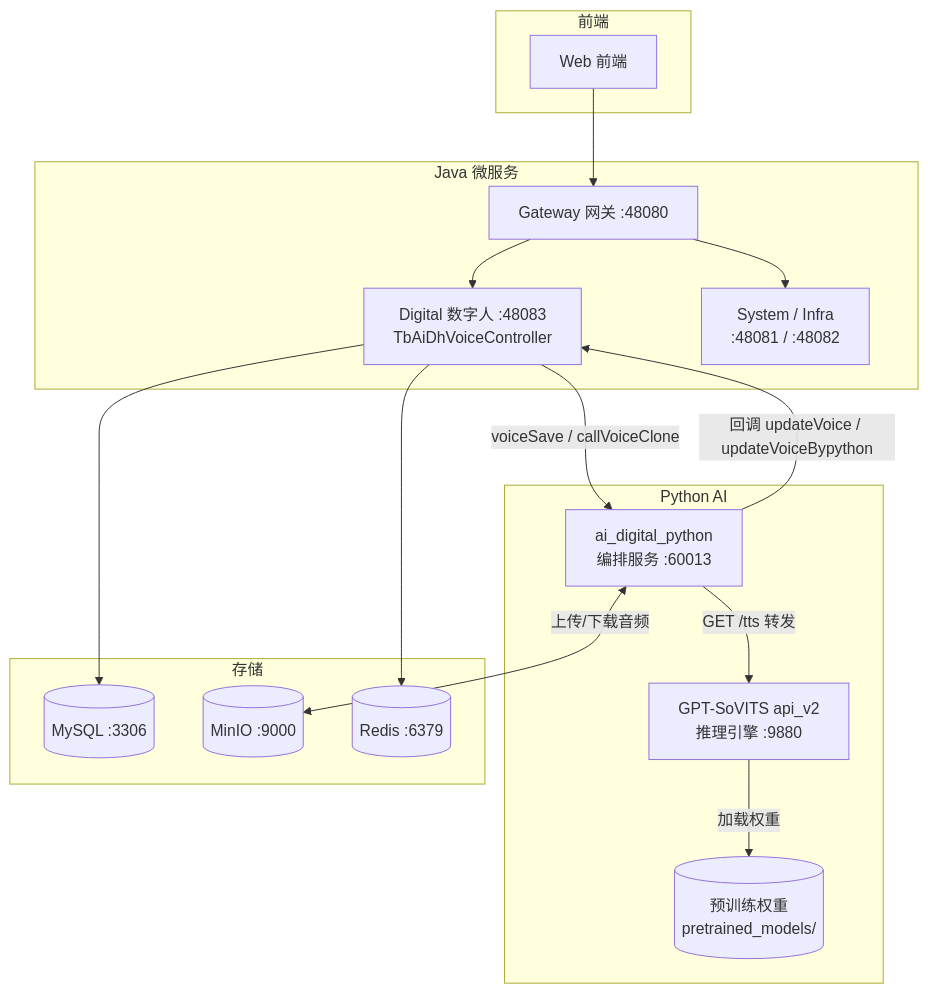
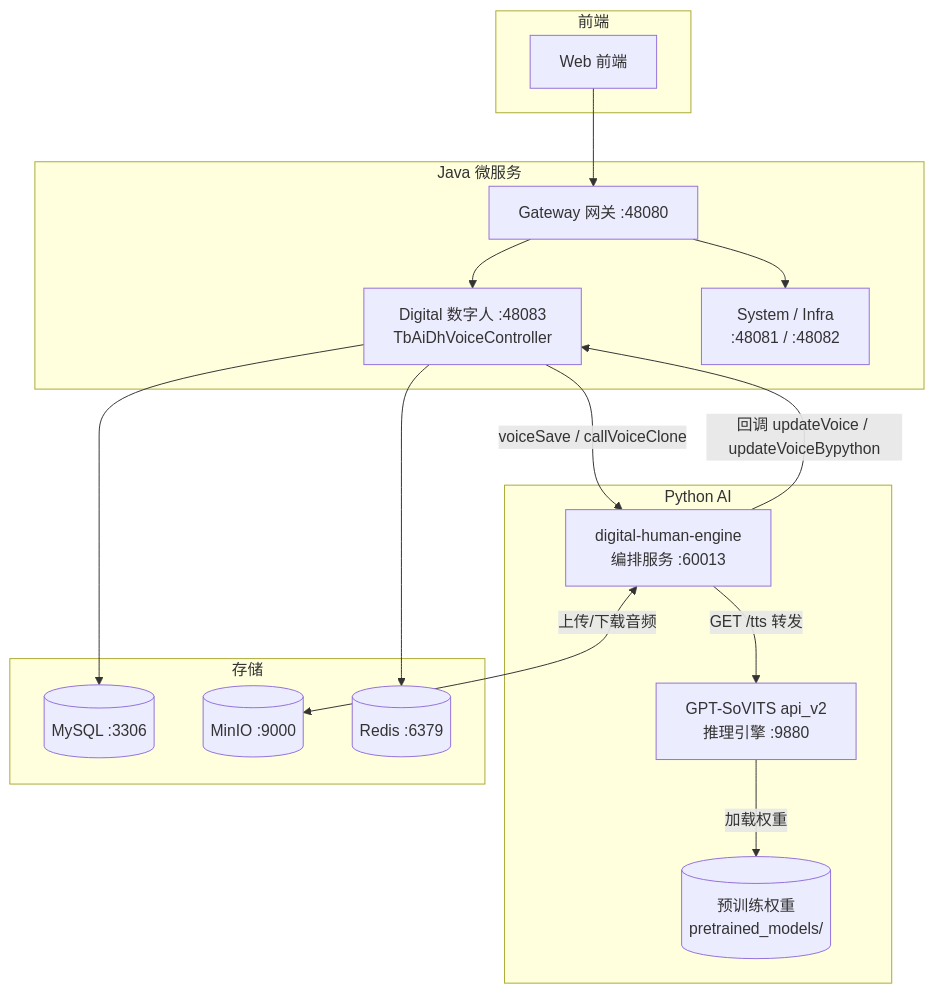
Before and after one commit to dongjb741280/digital-human-server: the second of 2 diagrams in doc/声音复刻完整时序.md, drawn with Mermaid. The commit also changed other lines of this file and 4 other files, not shown here.

Commit message:
docs: doc 目录 ai_digital_python 统一改名为 digital-human-engine

````diff
--- a/doc/声音复刻完整时序.md
+++ b/doc/声音复刻完整时序.md
@@ -162,34 +162,34 @@
 ```mermaid
 flowchart TB
     subgraph 前端
         FE[Web 前端]
     end
 
     subgraph Java 微服务
         GW[Gateway 网关 :48080]
         DIG[Digital 数字人 :48083<br/>TbAiDhVoiceController]
         OTHER[System / Infra<br/>:48081 / :48082]
     end
 
     subgraph Python AI
-        ORCH[ai_digital_python<br/>编排服务 :60013]
+        ORCH[digital-human-engine<br/>编排服务 :60013]
         GSV[GPT-SoVITS api_v2<br/>推理引擎 :9880]
         W[(预训练权重<br/>pretrained_models/)]
     end
 
     subgraph 存储
         MYSQL[(MySQL :3306)]
         MINIO[(MinIO :9000)]
         REDIS[(Redis :6379)]
     end
 
     FE --> GW --> DIG
     GW --> OTHER
     DIG --> MYSQL
     DIG --> REDIS
     DIG -->|"voiceSave / callVoiceClone"| ORCH
     ORCH -->|"GET /tts 转发"| GSV
     ORCH -->|"回调 updateVoice / updateVoiceBypython"| DIG
     GSV -->|"加载权重"| W
     ORCH <-->|"上传/下载音频"| MINIO
 ```
````
